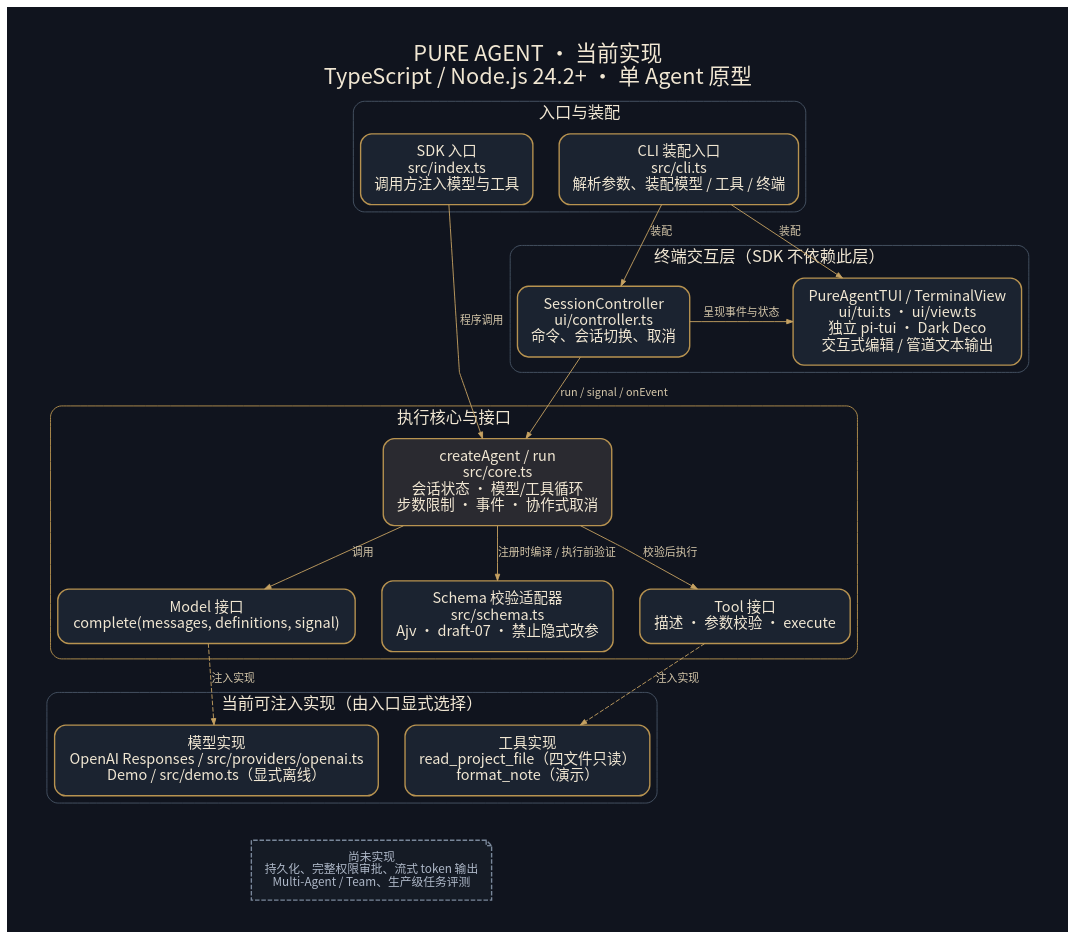
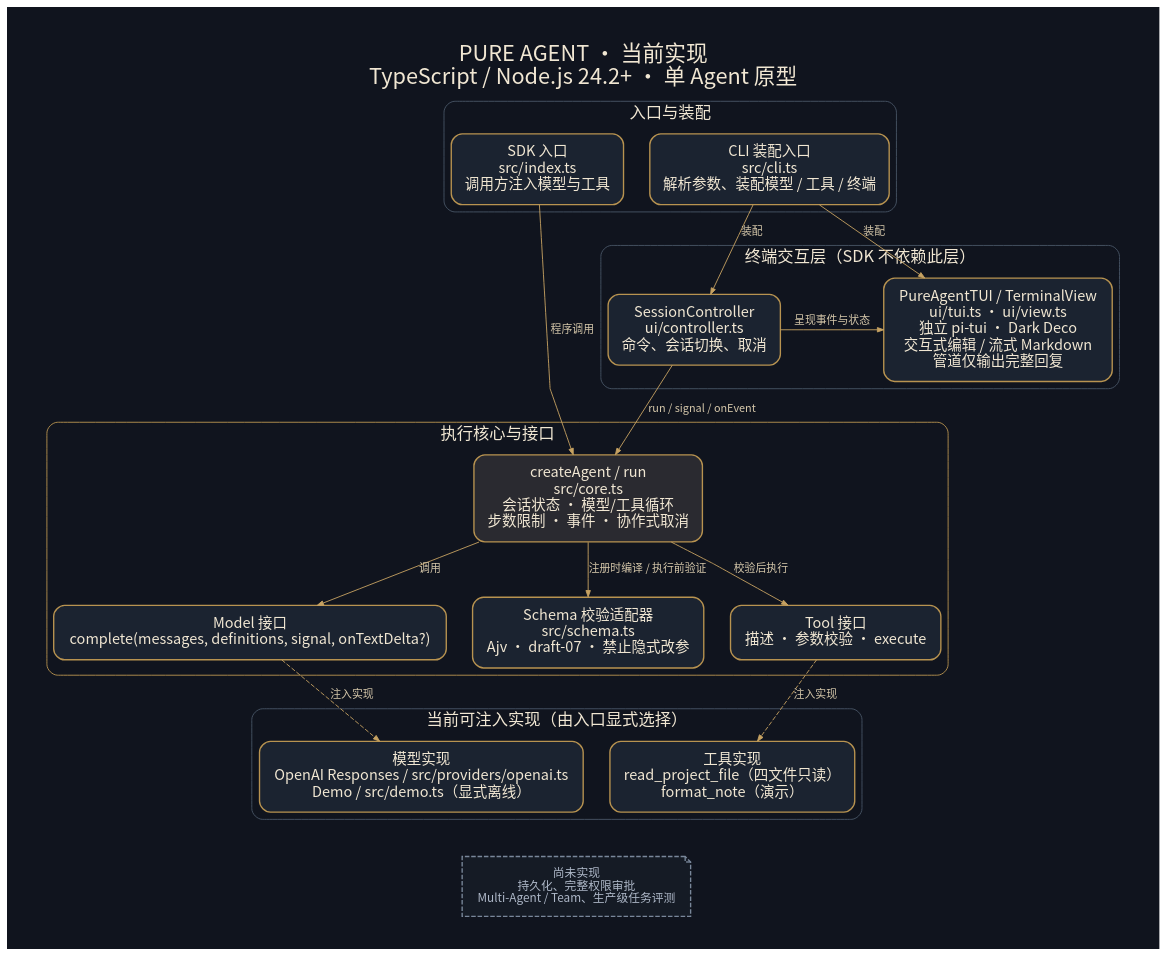
The diagram in docs/architecture.dot (pixelieee/pure-agent), drawn with Graphviz before and after one commit. The commit also changed 10 other files, not shown here.

```diff
--- a/docs/architecture.dot
+++ b/docs/architecture.dot
@@ -1,39 +1,39 @@
 digraph PureAgent {
  graph [rankdir=TB, bgcolor="#10141e", pad="0.5", nodesep="0.4", ranksep="0.65", fontname="Noto Sans CJK SC", fontsize=24, fontcolor="#f1e7d3", labelloc=t, label="PURE AGENT · 当前实现\nTypeScript / Node.js 24.2+ · 单 Agent 原型", splines=polyline];
  node [shape=box, style="rounded,filled", color="#b89350", fillcolor="#1b2330", fontcolor="#f1e7d3", fontname="Noto Sans CJK SC", fontsize=16, margin="0.22,0.16", penwidth=1.5];
  edge [color="#c6a262", fontcolor="#d5c7aa", fontname="Noto Sans CJK SC", fontsize=12, arrowsize=0.7];
  subgraph cluster_entry {label="入口与装配"; fontsize=18; color="#485566"; style=rounded;
  sdk [label="SDK 入口\nsrc/index.ts\n调用方注入模型与工具"];
  cli [label="CLI 装配入口\nsrc/cli.ts\n解析参数、装配模型 / 工具 / 终端"];
  {rank=same; sdk;cli;}
  }
  subgraph cluster_ui {label="终端交互层（SDK 不依赖此层）";fontsize=18;color="#485566";style=rounded;
  ctrl [label="SessionController\nui/controller.ts\n命令、会话切换、取消"];
- view [label="PureAgentTUI / TerminalView\nui/tui.ts · ui/view.ts\n独立 pi-tui · Dark Deco\n交互式编辑 / 管道文本输出"];
+ view [label="PureAgentTUI / TerminalView\nui/tui.ts · ui/view.ts\n独立 pi-tui · Dark Deco\n交互式编辑 / 流式 Markdown\n管道仅输出完整回复"];
  {rank=same;ctrl;view;}
  }
  subgraph cluster_core {label="执行核心与接口";fontsize=18;color="#b89350";style=rounded;
  core [label="createAgent / run\nsrc/core.ts\n会话状态 · 模型/工具循环\n步数限制 · 事件 · 协作式取消",fillcolor="#2a2a30"];
- model [label="Model 接口\ncomplete(messages, definitions, signal)"];
+ model [label="Model 接口\ncomplete(messages, definitions, signal, onTextDelta?)"];
  schema [label="Schema 校验适配器\nsrc/schema.ts\nAjv · draft-07 · 禁止隐式改参"];
  tool [label="Tool 接口\n描述 · 参数校验 · execute"];
  {rank=same;model;tool;}
  }
  subgraph cluster_impl {label="当前可注入实现（由入口显式选择）";fontsize=18;color="#485566";style=rounded;
  demo [label="模型实现\nOpenAI Responses / src/providers/openai.ts\nDemo / src/demo.ts（显式离线）"];
  note [label="工具实现\nread_project_file（四文件只读）\nformat_note（演示）"];
  {rank=same;demo;note;}
  }
  sdk -> core [label="程序调用"];
  cli -> ctrl [label="装配"];
  cli -> view [label="装配"];
  ctrl -> core [label="run / signal / onEvent"];
  ctrl -> view [label="呈现事件与状态",constraint=false];
  core -> model [label="调用"];
  core -> tool [label="校验后执行"];
  core -> schema [label="注册时编译 / 执行前验证"];
  model -> demo [label="注入实现",style=dashed];
  tool -> note [label="注入实现",style=dashed];
- pending [shape=note,label="尚未实现\n持久化、完整权限审批、流式 token 输出\nMulti-Agent / Team、生产级任务评测",style="filled,dashed",color="#79879a",fillcolor="#151b25",fontcolor="#aeb8c8",fontsize=13];
+ pending [shape=note,label="尚未实现\n持久化、完整权限审批\nMulti-Agent / Team、生产级任务评测",style="filled,dashed",color="#79879a",fillcolor="#151b25",fontcolor="#aeb8c8",fontsize=13];
  demo -> pending [style=invis];note -> pending [style=invis];
 }
```
